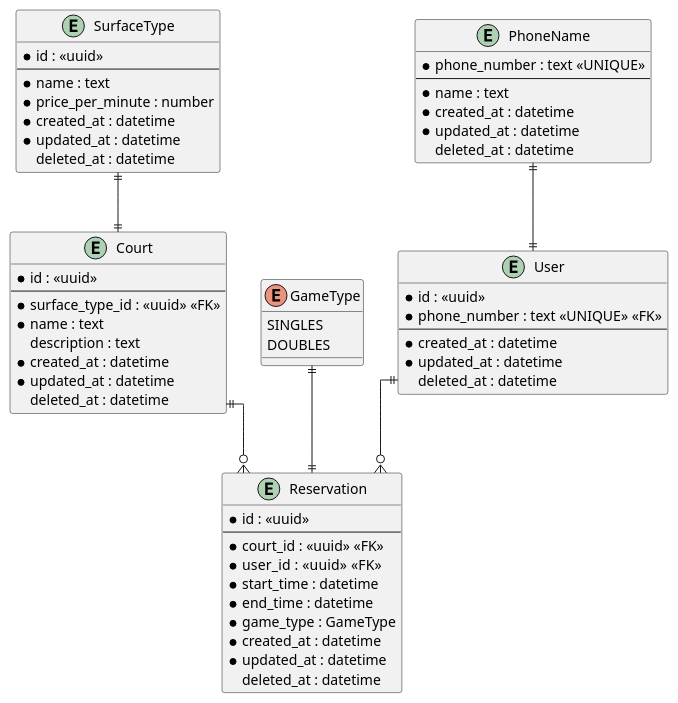
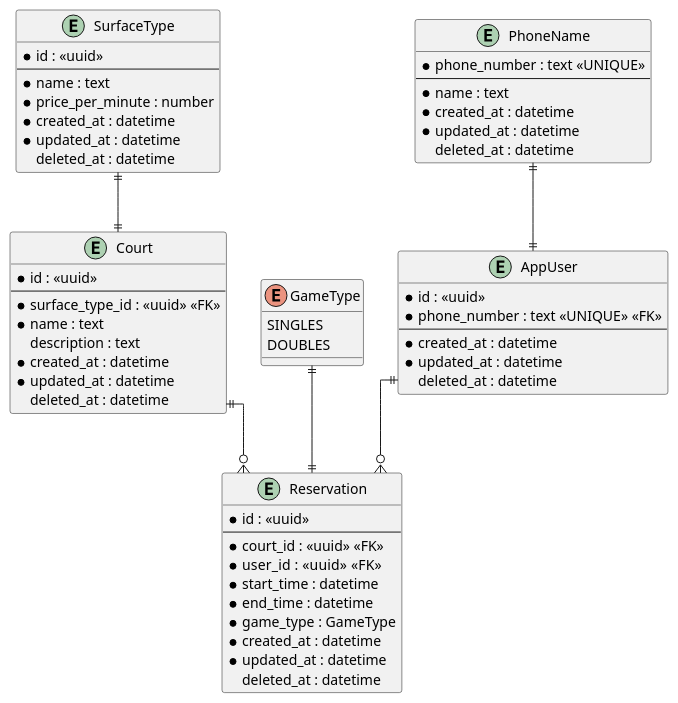
One commit to ohtenkay/tennis-club changed the diagram in docs/diagram.puml. Above: the diagram before and after it, drawn with PlantUML. The commit also changed 2 other files, not shown here.

Commit message:
fix: table name caused sql errors, reserved keyword

```diff
--- a/docs/diagram.puml
+++ b/docs/diagram.puml
@@ -1,72 +1,72 @@
 @startuml
 skinparam linetype ortho
 
-entity "User" {
+entity "AppUser" {
     *id : <<uuid>>
     *phone_number : text <<UNIQUE>> <<FK>>
     --
     ' *email : text
     ' *password : text
     *created_at : datetime
     *updated_at : datetime
     deleted_at : datetime
 }
 
 entity "PhoneName" {
     *phone_number : text <<UNIQUE>>
     --
     *name : text
     *created_at : datetime
     *updated_at : datetime
     deleted_at : datetime
 }
 
 entity "SurfaceType" {
     *id : <<uuid>>
     --
     *name : text
     *price_per_minute : number
     *created_at : datetime
     *updated_at : datetime
     deleted_at : datetime
 }
 
 entity "Court" {
     *id : <<uuid>>
     --
     *surface_type_id : <<uuid>> <<FK>>
     *name : text
     description : text
     *created_at : datetime
     *updated_at : datetime
     deleted_at : datetime
 }
 
 ' This is actually not implemented as an enum in the database but rather
 '   a string field in the Reservation table. I would have liked to use an
 '   enum but liquibase has the Check constraint behind a paywall.
 enum "GameType" {
     SINGLES
     DOUBLES /' multiplies the price by 1.5 '/
 }
 
 entity "Reservation" {
     *id : <<uuid>>
     --
     *court_id : <<uuid>> <<FK>>
     *user_id : <<uuid>>  <<FK>>
     *start_time : datetime
     *end_time : datetime
     *game_type : GameType
     *created_at : datetime
     *updated_at : datetime
     deleted_at : datetime
 }
 
 GameType ||--|| Reservation
-User ||--o{ Reservation
-PhoneName ||--|| User
+AppUser ||--o{ Reservation
+PhoneName ||--|| AppUser
 SurfaceType ||--|| Court
 Court ||--o{ Reservation
 
 @enduml
```
